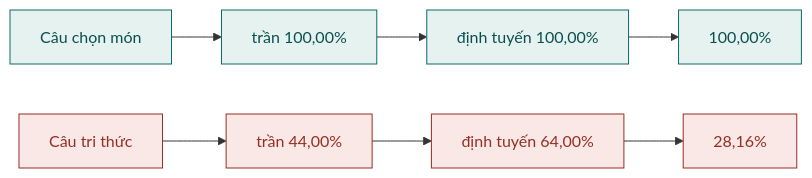
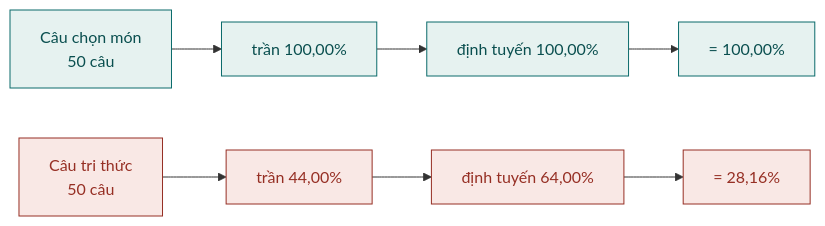
The ninth of 9 diagrams in docs/ai/BAO_CAO_HOC_MAY_KPDL.md (Anpham120/restaurant-qr-ai-ordering), drawn with Mermaid before and after one commit. The commit also changed other lines of this file and 1 other file, not shown here.

````diff
--- a/docs/ai/BAO_CAO_HOC_MAY_KPDL.md
+++ b/docs/ai/BAO_CAO_HOC_MAY_KPDL.md
@@ -493,9 +1365,9 @@
 ```mermaid
 flowchart LR
-  A["Câu chọn món"] --> A1["trần 100,00%"] --> A2["định tuyến 100,00%"] --> A3["100,00%"]
-  C["Câu tri thức"] --> C1["trần 44,00%"] --> C2["định tuyến 64,00%"] --> C3["28,16%"]
+  A["Câu chọn món<br/>50 câu"] --> A1["trần 100,00%"] --> A2["định tuyến 100,00%"] --> A3["= 100,00%"]
+  C["Câu tri thức<br/>50 câu"] --> C1["trần 44,00%"] --> C2["định tuyến 64,00%"] --> C3["= 28,16%"]
   classDef ok fill:#e6f2f0,stroke:#0a6b6b,color:#0a4f4f;
   classDef bad fill:#f9e8e5,stroke:#962f24,color:#962f24;
   class A,A1,A2,A3 ok;
   class C,C1,C2,C3 bad;
 ```
````
